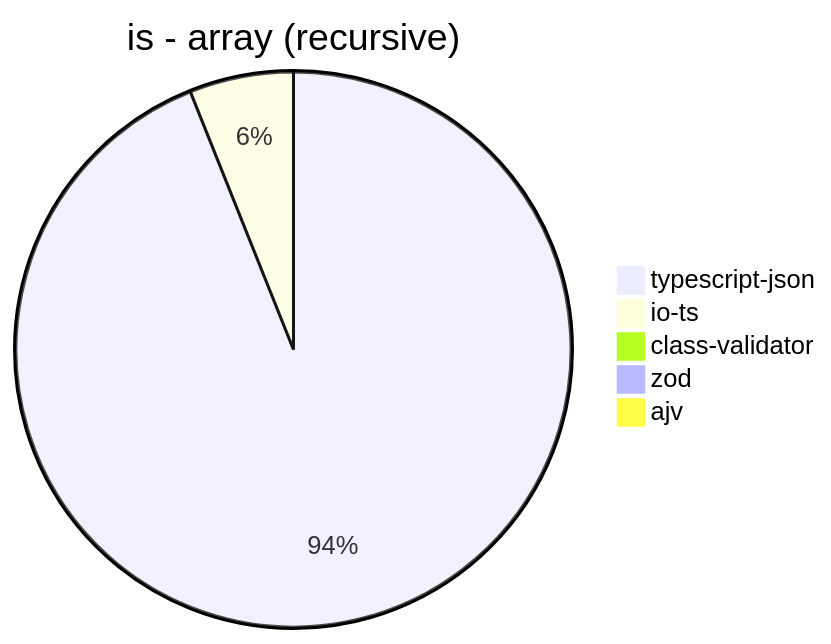
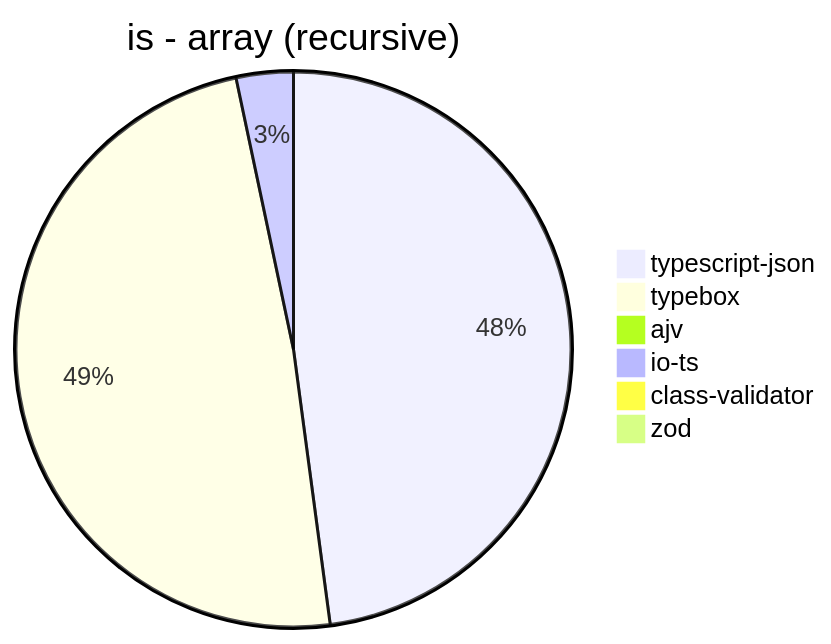
One commit to samchon/typia changed the fifth of 39 diagrams in benchmark/results/11th Gen Intel(R) Core(TM) i5-1135G7 @ 2.40GHz.md. Above: the diagram before and after it, drawn with Mermaid. The commit also changed other lines of this file and 16 other files, not shown here.

````diff
--- a/benchmark/results/11th Gen Intel(R) Core(TM) i5-1135G7 @ 2.40GHz.md
+++ b/benchmark/results/11th Gen Intel(R) Core(TM) i5-1135G7 @ 2.40GHz.md
@@ -61,8 +65,9 @@
 ```mermaid
 pie title is - array (recursive)
-  "typescript-json": 6980.918727915194
-  "io-ts": 450.06509205876887
-  "class-validator": 3.5754610462928116
-  "zod": 8.961911874533234
+  "typescript-json": 6734.898727370497
+  "typebox": 6862.402380066939
   "ajv": 0
+  "io-ts": 466.87580734452854
+  "class-validator": 3.3815517565282733
+  "zod": 9.095971783924263
 ```
````
